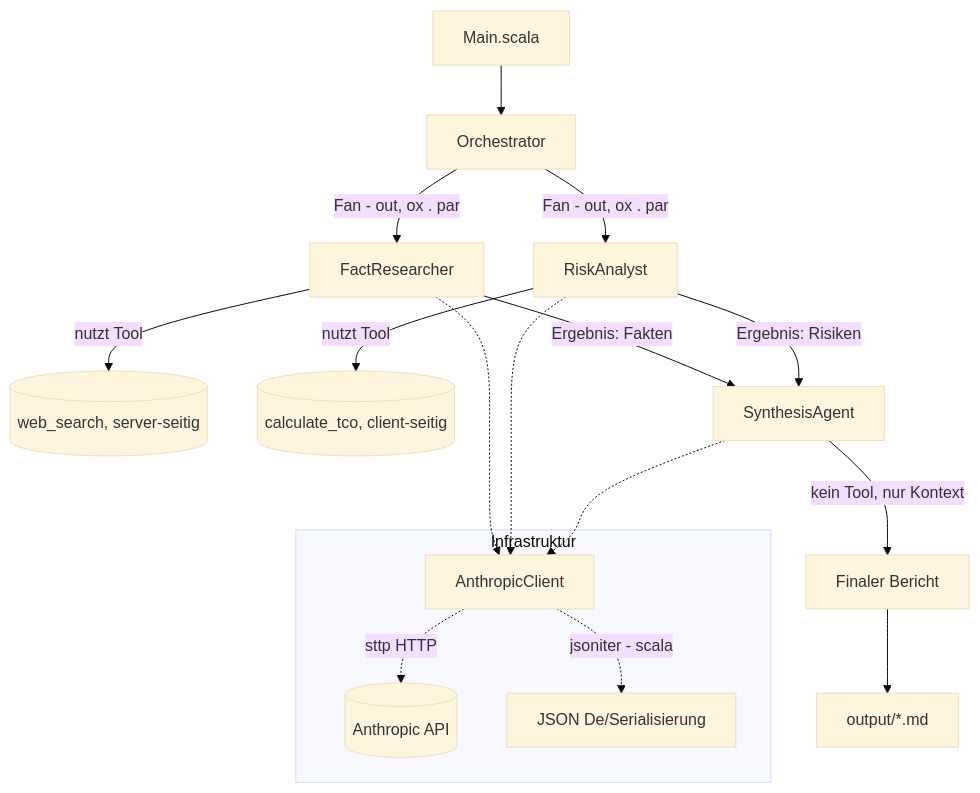
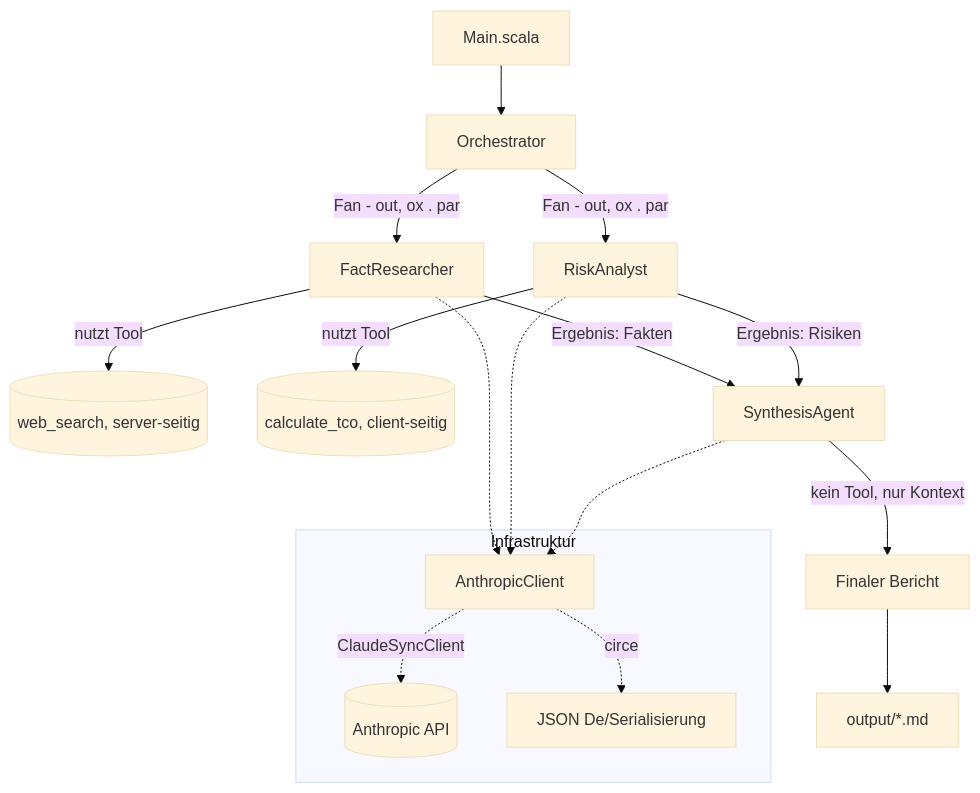
The second of 3 diagrams in cli/multi-agent-system_agentic_orchestrator/README.md (GuntherW/scala-cheatsheet), drawn with Mermaid (base theme) before and after one commit. The commit also changed other lines of this file and 6 other files, not shown here.

````diff
--- a/cli/multi-agent-system_agentic_orchestrator/README.md
+++ b/cli/multi-agent-system_agentic_orchestrator/README.md
@@ -68,20 +68,20 @@
 ```mermaid
 flowchart TD
     A[Main.scala] --> B[Orchestrator]
     B -->|Fan - out, ox . par| C[FactResearcher]
     B -->|Fan - out, ox . par| D[RiskAnalyst]
     C -->|nutzt Tool| C1[(web_search, server-seitig)]
     D -->|nutzt Tool| D1[(calculate_tco, client-seitig)]
     C -->|Ergebnis: Fakten| E[SynthesisAgent]
     D -->|Ergebnis: Risiken| E
     E -->|kein Tool, nur Kontext| F[Finaler Bericht]
     F --> G[output/*.md]
 
     subgraph Infrastruktur
-        H[AnthropicClient] -. sttp HTTP .-> I[(Anthropic API)]
-        H -. jsoniter - scala .-> J[JSON De/Serialisierung]
+        H[AnthropicClient] -. ClaudeSyncClient .-> I[(Anthropic API)]
+        H -. circe .-> J[JSON De/Serialisierung]
     end
     C -.-> H
     D -.-> H
     E -.-> H
 ```
````
